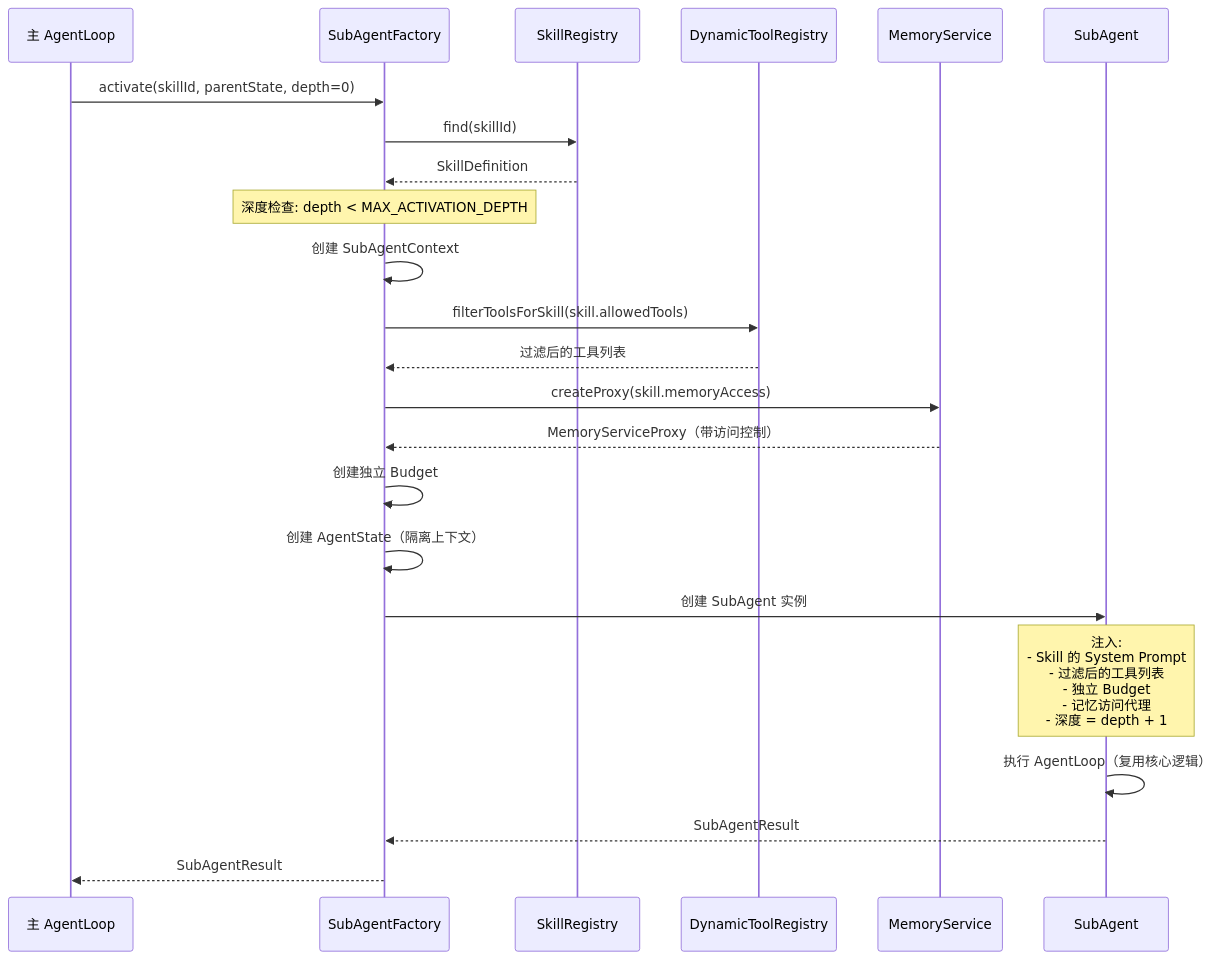
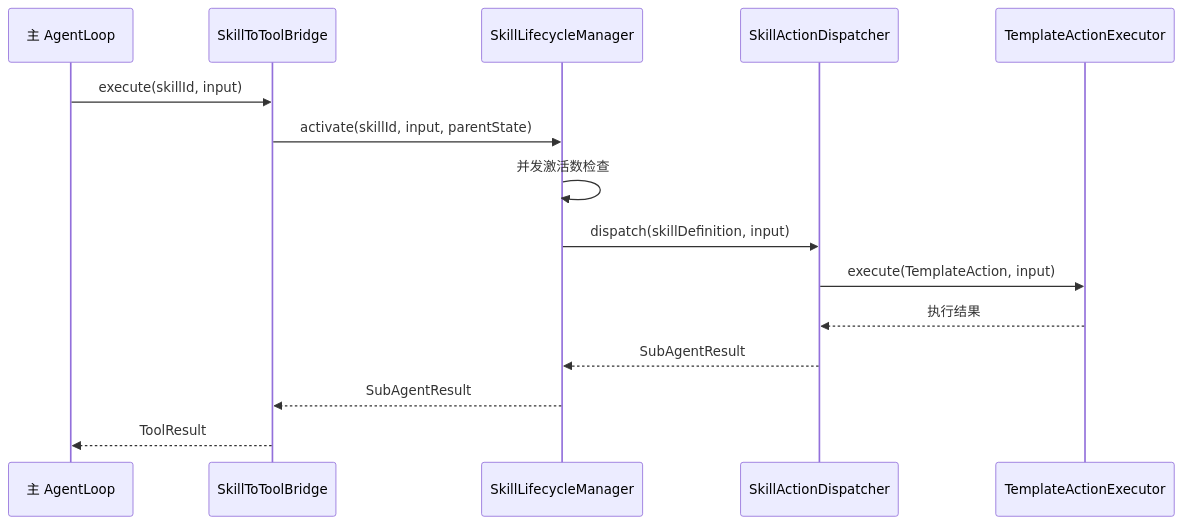
One commit to ntygod/LifePilot changed the eighth of 11 diagrams in docs/architecture/skill-system.md. Above: the diagram before and after it, drawn with Mermaid. The commit also changed other lines of this file and 22 other files, not shown here.

Commit message:
refactor(skill): 移除 SubAgentFactory 回归 L1 确定性执行

````diff
--- a/docs/architecture/skill-system.md
+++ b/docs/architecture/skill-system.md
@@ -4211,32 +4186,18 @@
 ```mermaid
 sequenceDiagram
     participant Main as 主 AgentLoop
-    participant Factory as SubAgentFactory
-    participant Registry as SkillRegistry
-    participant Tools as DynamicToolRegistry
-    participant Memory as MemoryService
-    participant Sub as SubAgent
+    participant Bridge as SkillToToolBridge
+    participant LCM as SkillLifecycleManager
+    participant Dispatcher as SkillActionDispatcher
+    participant Executor as TemplateActionExecutor
 
-    Main->>Factory: activate(skillId, parentState, depth=0)
-    Factory->>Registry: find(skillId)
-    Registry-->>Factory: SkillDefinition
-
-    Note over Factory: 深度检查: depth < MAX_ACTIVATION_DEPTH
-
-    Factory->>Factory: 创建 SubAgentContext
-    Factory->>Tools: filterToolsForSkill(skill.allowedTools)
-    Tools-->>Factory: 过滤后的工具列表
-    Factory->>Memory: createProxy(skill.memoryAccess)
-    Memory-->>Factory: MemoryServiceProxy（带访问控制）
-
-    Factory->>Factory: 创建独立 Budget
-    Factory->>Factory: 创建 AgentState（隔离上下文）
-
-    Factory->>Sub: 创建 SubAgent 实例
-    Note over Sub: 注入:<br/>- Skill 的 System Prompt<br/>- 过滤后的工具列表<br/>- 独立 Budget<br/>- 记忆访问代理<br/>- 深度 = depth + 1
-
-    Sub->>Sub: 执行 AgentLoop（复用核心逻辑）
-    Sub-->>Factory: SubAgentResult
-
-    Factory-->>Main: SubAgentResult
+    Main->>Bridge: execute(skillId, input)
+    Bridge->>LCM: activate(skillId, input, parentState)
+    LCM->>LCM: 并发激活数检查
+    LCM->>Dispatcher: dispatch(skillDefinition, input)
+    Dispatcher->>Executor: execute(TemplateAction, input)
+    Executor-->>Dispatcher: 执行结果
+    Dispatcher-->>LCM: SubAgentResult
+    LCM-->>Bridge: SubAgentResult
+    Bridge-->>Main: ToolResult
 ```
````
